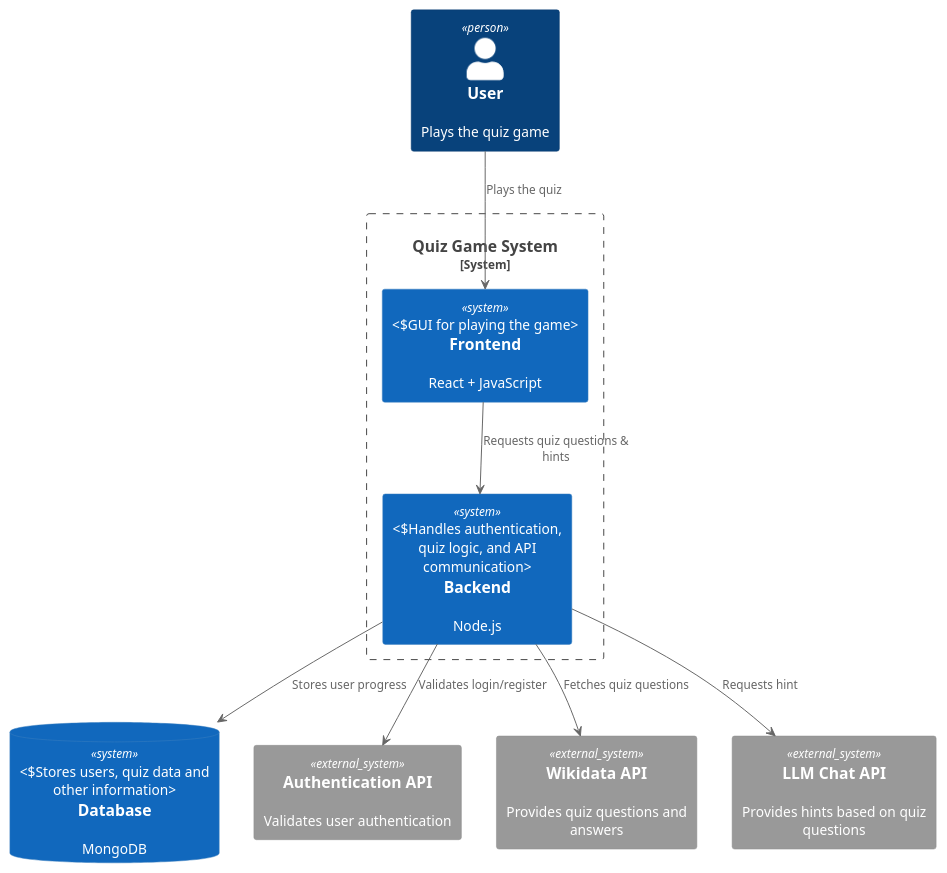
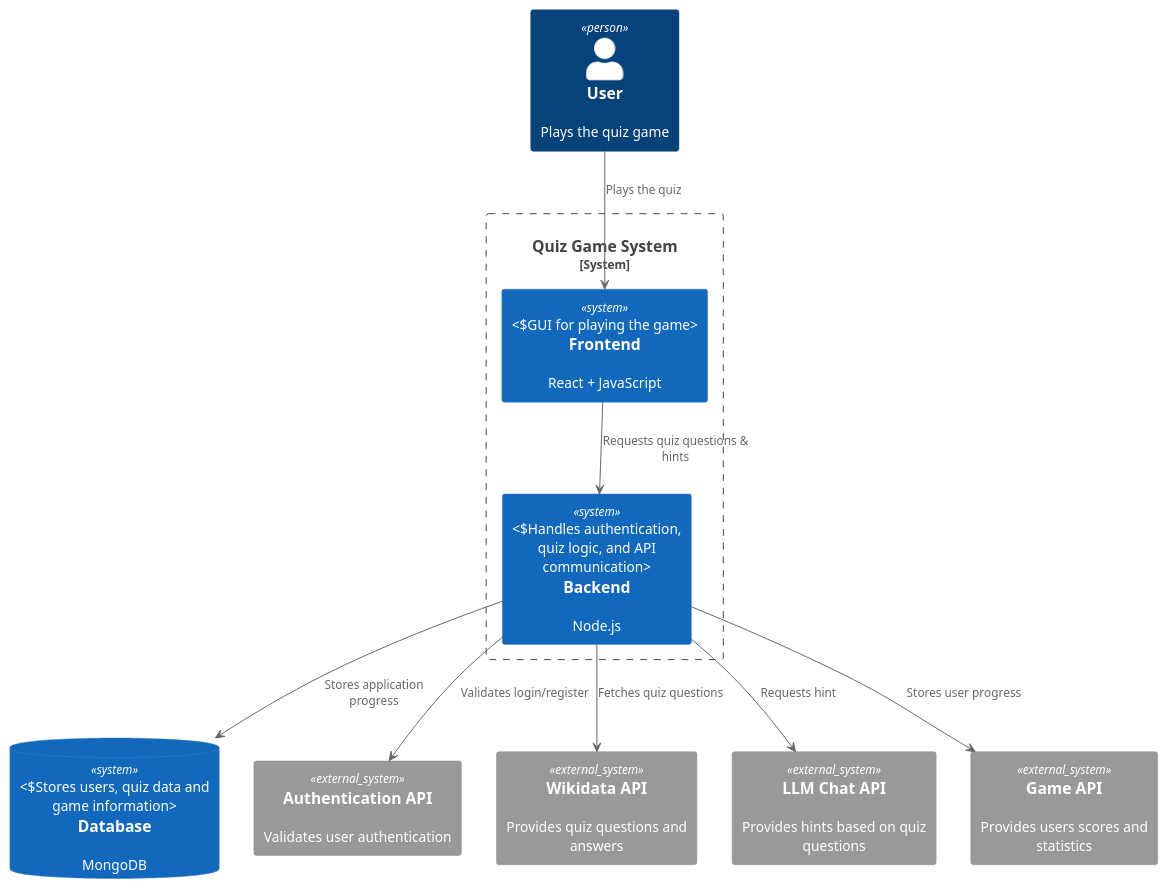
One commit to Arquisoft/wichat_en1a changed the diagram in docs/src/diagrams/S3_C4_Technical_Context_Diagram.puml. Above: the diagram before and after it, drawn with PlantUML. The commit also changed 2 other files, not shown here.

Commit message:
add game service to diagrams

```diff
--- a/docs/src/diagrams/S3_C4_Technical_Context_Diagram.puml
+++ b/docs/src/diagrams/S3_C4_Technical_Context_Diagram.puml
@@ -1,24 +1,26 @@
 @startuml C4_Technical_Context_Diagram
 !include <C4/C4_Context>
 
 Person(user, "User", "Plays the quiz game")
 System_Boundary(quizGame, "Quiz Game System") {
     System(frontend, "Frontend", "React + JavaScript", "GUI for playing the game")
     System(backend, "Backend", "Node.js", "Handles authentication, quiz logic, and API communication")
 }
-SystemDb(database, "Database", "MongoDB", "Stores users, quiz data and other information")
+SystemDb(database, "Database", "MongoDB", "Stores users, quiz data and game information")
 System_Ext(authAPI, "Authentication API", "Validates user authentication")
 System_Ext(wikidata, "Wikidata API", "Provides quiz questions and answers")
 System_Ext(llm, "LLM Chat API", "Provides hints based on quiz questions")
+System_Ext(game, "Game API", "Provides users scores and statistics")
 
 ' User interactions
 user --> frontend : "Plays the quiz"
 frontend --> backend : "Requests quiz questions & hints"
-backend --> database : "Stores user progress"
+backend --> database : "Stores application progress"
 
 ' External API calls
 backend --> authAPI : "Validates login/register"
 backend --> wikidata : "Fetches quiz questions"
 backend --> llm : "Requests hint"
+backend --> game : "Stores user progress"
 
 @enduml
```
